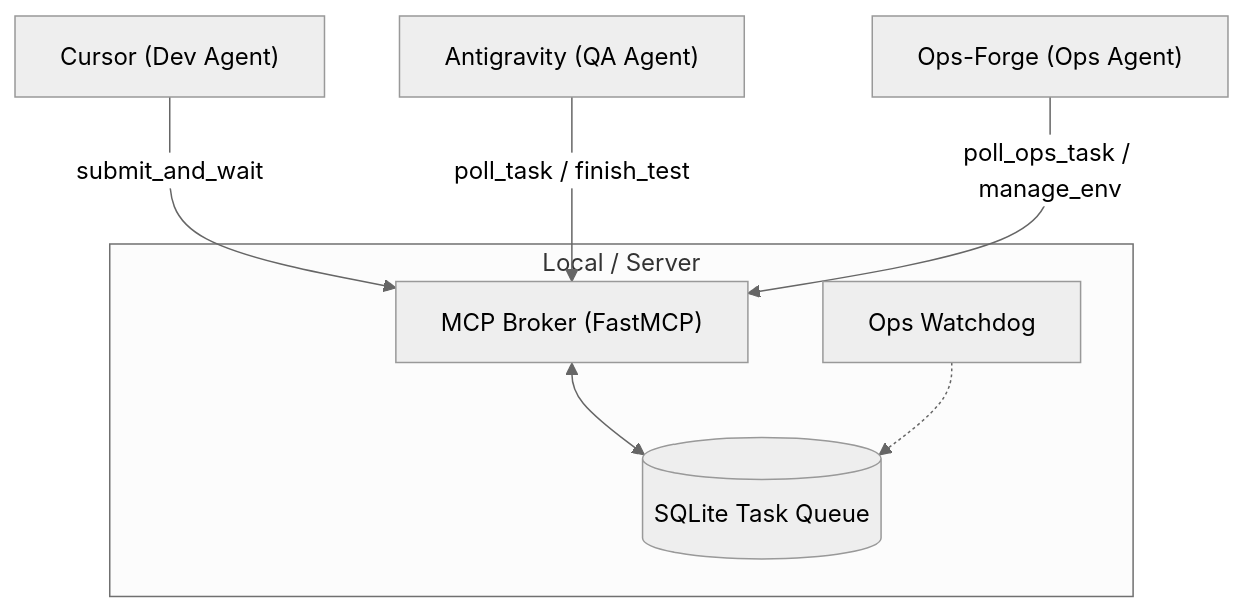
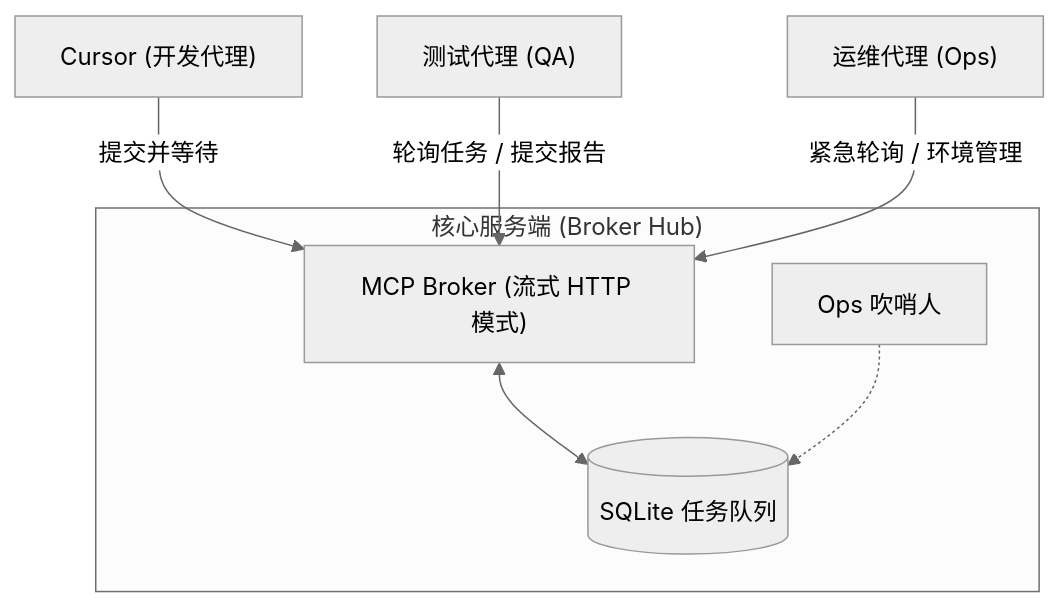
The second of 2 diagrams in README.md (chen-muxi/AI-SyncForge), drawn with Mermaid (neutral theme) before and after one commit. The commit also changed other lines of this file and 4 other files, not shown here.

Commit message:
fix: resolve MCP connection issues with Streamable-HTTP and harden security

````diff
--- a/README.md
+++ b/README.md
@@ -226,15 +87,15 @@
 ```mermaid
 graph TD
-    subgraph "Local / Server"
-        Broker["MCP Broker (FastMCP)"]
-        DB[(SQLite Task Queue)]
-        Watchdog[Ops Watchdog]
+    subgraph "核心服务端 (Broker Hub)"
+        Broker["MCP Broker (流式 HTTP 模式)"]
+        DB[(SQLite 任务队列)]
+        Watchdog[Ops 吹哨人]
     end
 
-    Cursor["Cursor (Dev Agent)"] -- "submit_and_wait" --> Broker
-    QA["Antigravity (QA Agent)"] -- "poll_task / finish_test" --> Broker
-    Ops["Ops-Forge (Ops Agent)"] -- "poll_ops_task / manage_env" --> Broker
+    Dev["Cursor (开发代理)"] -- "提交并等待" --> Broker
+    QA["测试代理 (QA)"] -- "轮询任务 / 提交报告" --> Broker
+    Ops["运维代理 (Ops)"] -- "紧急轮询 / 环境管理" --> Broker
 
     Broker <--> DB
     Watchdog -.-> DB
 ```
````
